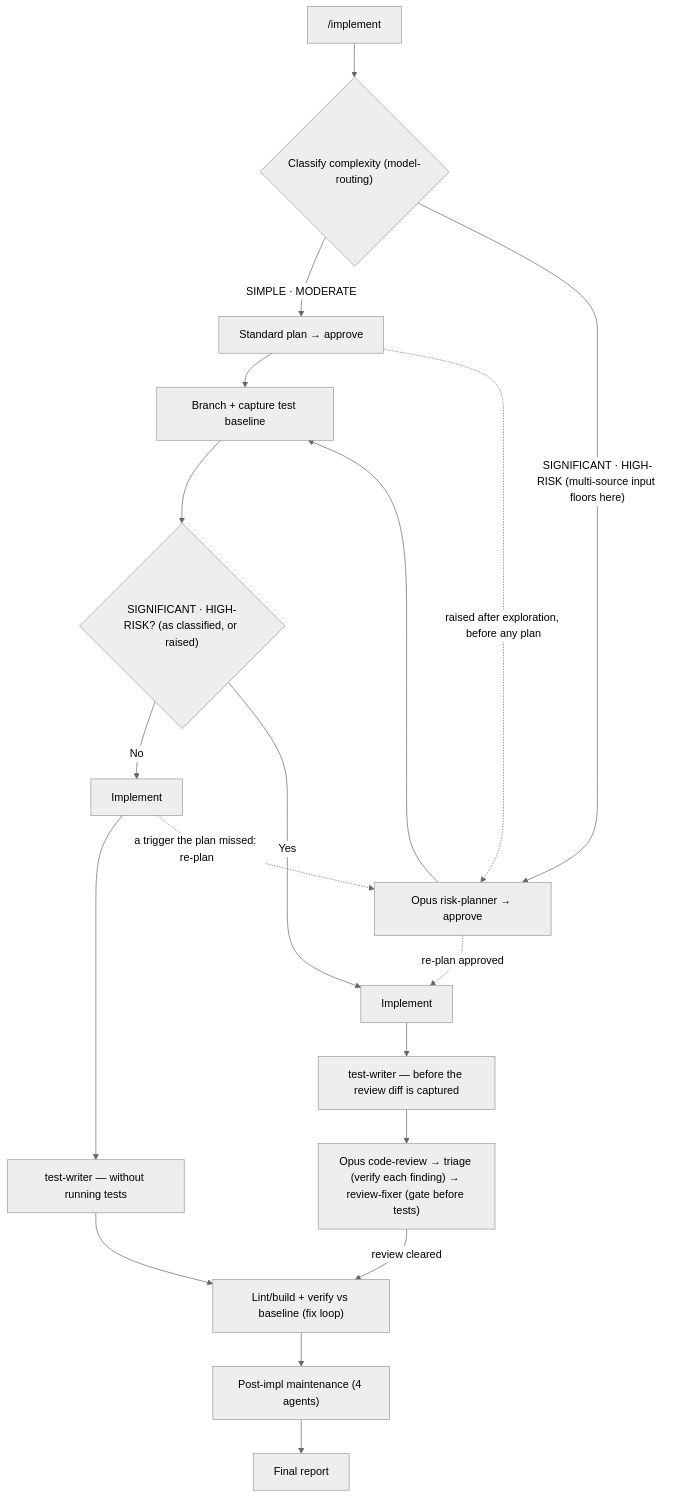
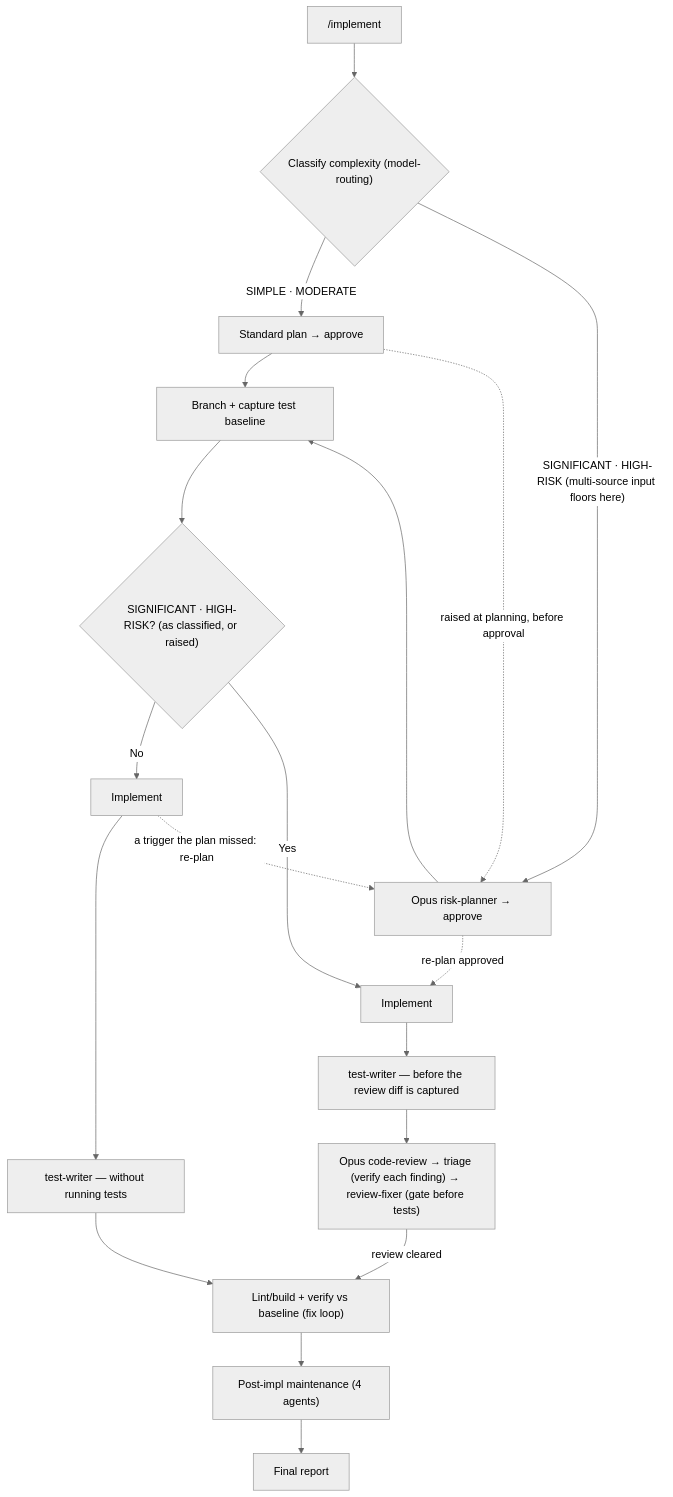
Before and after one commit to ihudak/ai-workflows: the diagram in plugins/dev-workflows/docs/commands/implement.md, drawn with Mermaid (neutral theme). The commit also changed other lines of this file and 6 other files, not shown here.

First line of the commit message:
fix: review round 3 — Phase 2A re-tests the class on its written plan, before approval and after every Revise; plan_file outlives Phase 4 for the body; the Stop label and Continue's settled trigger; plan_file's precedence; Settled by the run

````diff
--- a/plugins/dev-workflows/docs/commands/implement.md
+++ b/plugins/dev-workflows/docs/commands/implement.md
@@ -25,16 +25,16 @@
 ```mermaid
 flowchart TD
     IN["/implement"] --> C{"Classify complexity (model-routing)"}
     C -->|SIMPLE · MODERATE| P1["Standard plan → approve"]
     C -->|"SIGNIFICANT · HIGH-RISK (multi-source input floors here)"| P2["Opus risk-planner → approve"]
     P1 --> BR["Branch + capture test baseline"]
     P2 --> BR
     BR --> G{"SIGNIFICANT · HIGH-RISK? (as classified, or raised)"}
     G -->|No| IMA["Implement"] --> TWA["test-writer — without running tests"] --> TS["Lint/build + verify vs baseline (fix loop)"]
     G -->|Yes| IMB["Implement"] --> TWB["test-writer — before the review diff is captured"] --> RV["Opus code-review → triage (verify each finding) → review-fixer (gate before tests)"]
     RV -->|review cleared| TS
     TS --> MT["Post-impl maintenance (4 agents)"] --> RP["Final report"]
-    P1 -.->|"raised after exploration, before any plan"| P2
+    P1 -.->|"raised at planning, before approval"| P2
     IMA -.->|"a trigger the plan missed: re-plan"| P2
     P2 -.->|"re-plan approved"| IMB
 ```
````
